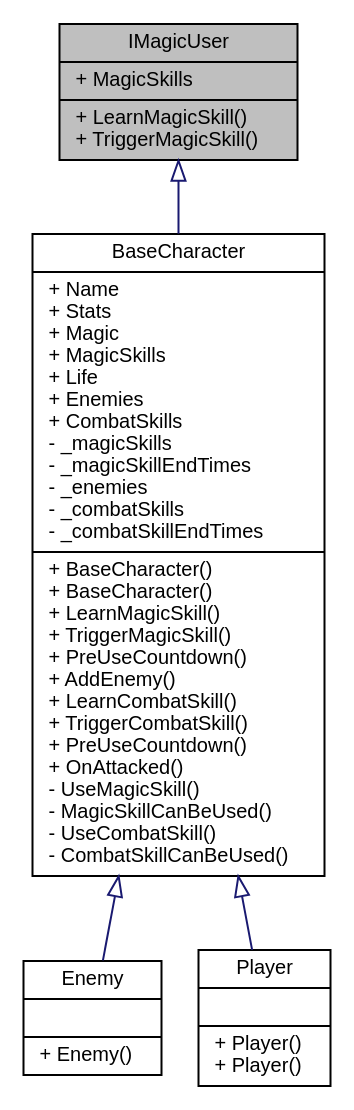
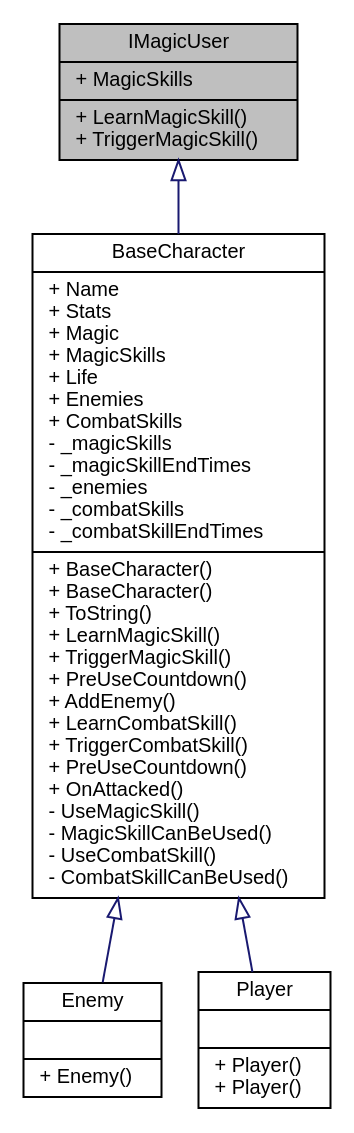
One commit to PaulSchweizer/ActionRpgKit changed the diagram in de/dac/interface_action_rpg_kit_1_1_character_1_1_i_magic_user__inherit__graph.dot. Above: the diagram before and after it, drawn with Graphviz. The commit also changed 376 other files, not shown here.

```diff
--- a/de/dac/interface_action_rpg_kit_1_1_character_1_1_i_magic_user__inherit__graph.dot
+++ b/de/dac/interface_action_rpg_kit_1_1_character_1_1_i_magic_user__inherit__graph.dot
@@ -1,13 +1,13 @@
 digraph "IMagicUser"
 {
  // INTERACTIVE_SVG=YES
   edge [fontname="Helvetica",fontsize="10",labelfontname="Helvetica",labelfontsize="10"];
   node [fontname="Helvetica",fontsize="10",shape=record];
   Node1 [label="{IMagicUser\n|+ MagicSkills\l|+ LearnMagicSkill()\l+ TriggerMagicSkill()\l}",height=0.2,width=0.4,color="black", fillcolor="grey75", style="filled" fontcolor="black"];
   Node1 -> Node2 [dir="back",color="midnightblue",fontsize="10",style="solid",arrowtail="onormal",fontname="Helvetica"];
-  Node2 [label="{BaseCharacter\n|+ Name\l+ Stats\l+ Magic\l+ MagicSkills\l+ Life\l+ Enemies\l+ CombatSkills\l- _magicSkills\l- _magicSkillEndTimes\l- _enemies\l- _combatSkills\l- _combatSkillEndTimes\l|+ BaseCharacter()\l+ BaseCharacter()\l+ LearnMagicSkill()\l+ TriggerMagicSkill()\l+ PreUseCountdown()\l+ AddEnemy()\l+ LearnCombatSkill()\l+ TriggerCombatSkill()\l+ PreUseCountdown()\l+ OnAttacked()\l- UseMagicSkill()\l- MagicSkillCanBeUsed()\l- UseCombatSkill()\l- CombatSkillCanBeUsed()\l}",height=0.2,width=0.4,color="black", fillcolor="white", style="filled",URL="$d9/d5c/class_action_rpg_kit_1_1_character_1_1_base_character.xhtml",tooltip="Base implementation of a Character."];
+  Node2 [label="{BaseCharacter\n|+ Name\l+ Stats\l+ Magic\l+ MagicSkills\l+ Life\l+ Enemies\l+ CombatSkills\l- _magicSkills\l- _magicSkillEndTimes\l- _enemies\l- _combatSkills\l- _combatSkillEndTimes\l|+ BaseCharacter()\l+ BaseCharacter()\l+ ToString()\l+ LearnMagicSkill()\l+ TriggerMagicSkill()\l+ PreUseCountdown()\l+ AddEnemy()\l+ LearnCombatSkill()\l+ TriggerCombatSkill()\l+ PreUseCountdown()\l+ OnAttacked()\l- UseMagicSkill()\l- MagicSkillCanBeUsed()\l- UseCombatSkill()\l- CombatSkillCanBeUsed()\l}",height=0.2,width=0.4,color="black", fillcolor="white", style="filled",URL="$d9/d5c/class_action_rpg_kit_1_1_character_1_1_base_character.xhtml",tooltip="Base implementation of a Character."];
   Node2 -> Node3 [dir="back",color="midnightblue",fontsize="10",style="solid",arrowtail="onormal",fontname="Helvetica"];
   Node3 [label="{Enemy\n||+ Enemy()\l}",height=0.2,width=0.4,color="black", fillcolor="white", style="filled",URL="$d2/df0/class_action_rpg_kit_1_1_character_1_1_enemy.xhtml",tooltip="Representation of a Hostile, game controlled character."];
   Node2 -> Node4 [dir="back",color="midnightblue",fontsize="10",style="solid",arrowtail="onormal",fontname="Helvetica"];
   Node4 [label="{Player\n||+ Player()\l+ Player()\l}",height=0.2,width=0.4,color="black", fillcolor="white", style="filled",URL="$d7/dd8/class_action_rpg_kit_1_1_character_1_1_player.xhtml",tooltip="Representation of a Player controllable character."];
 }
```
